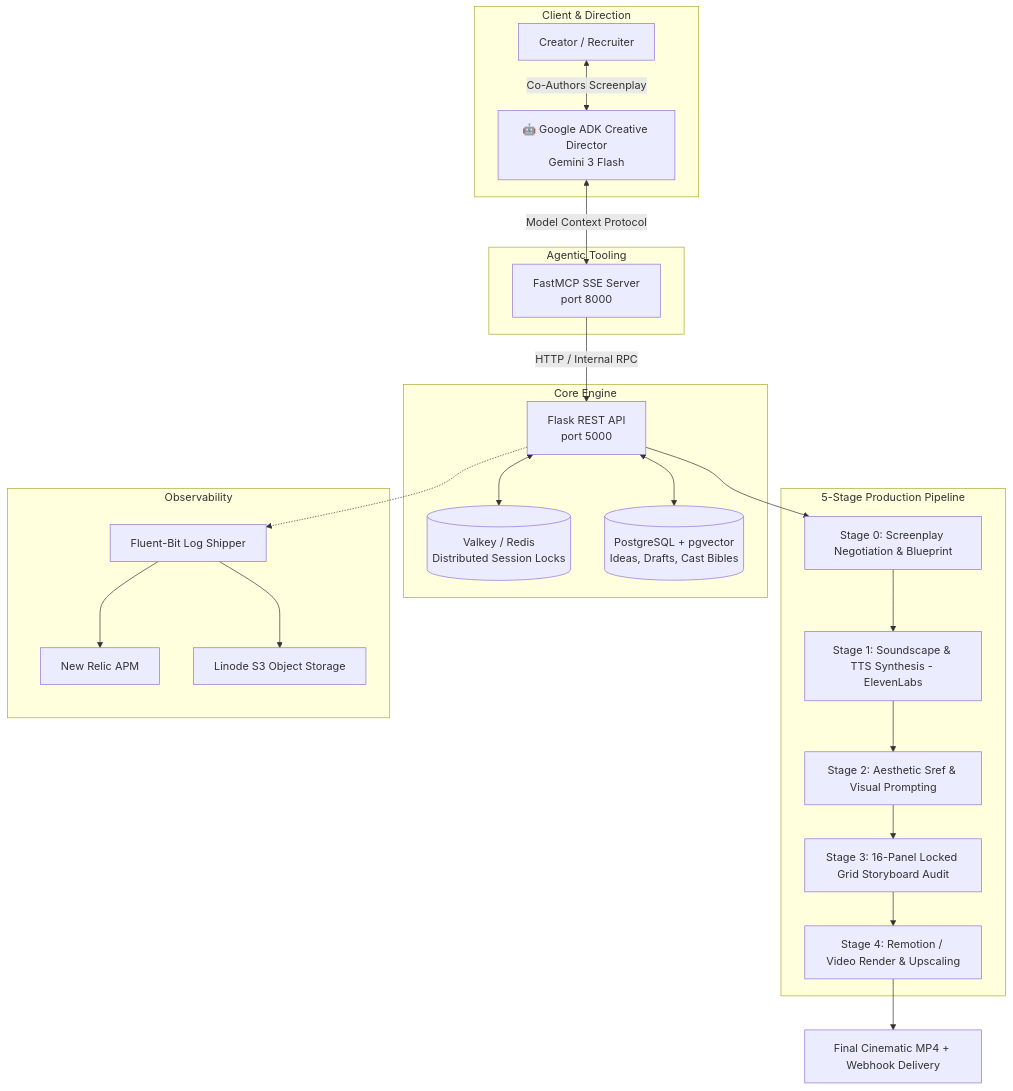
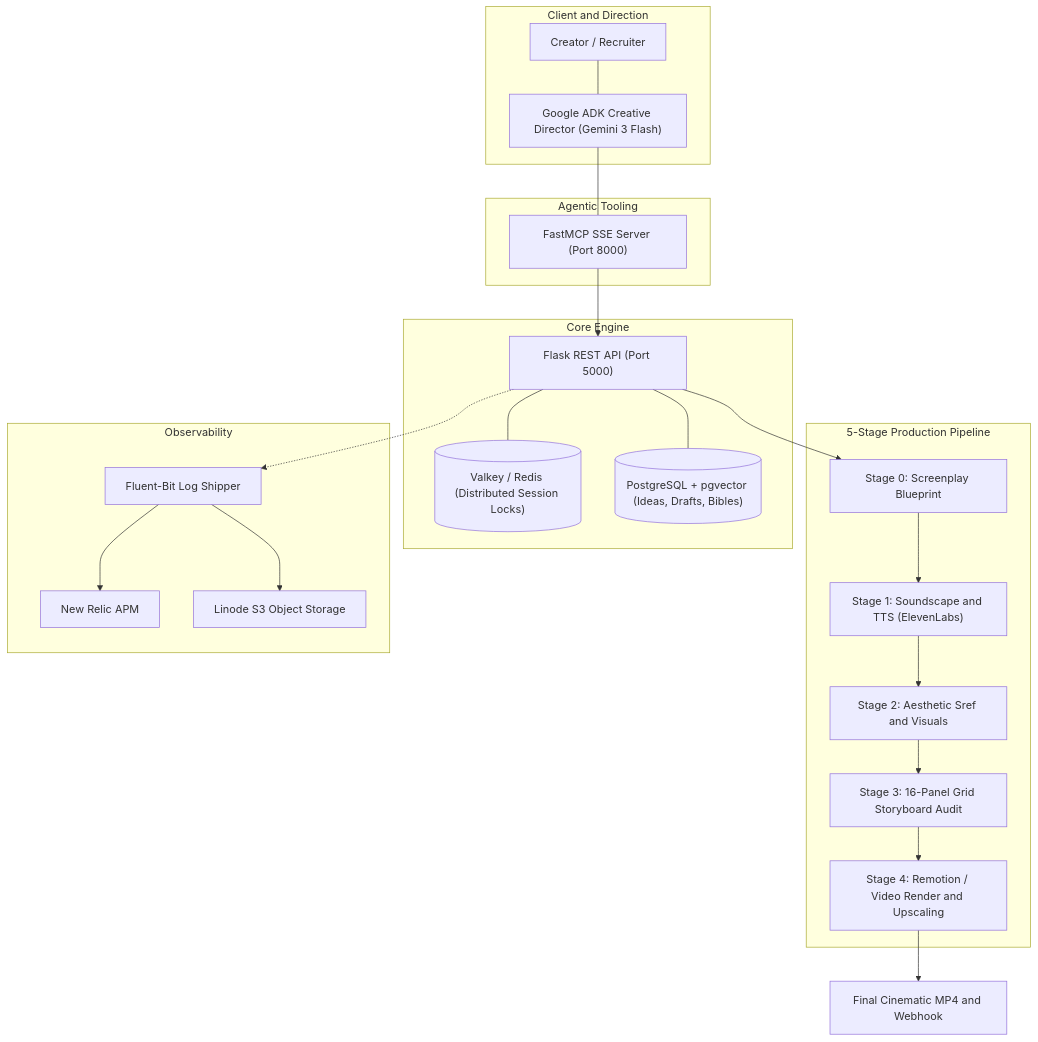
Before and after one commit to divinenaman/text-to-video-workflow: the diagram in README.md, drawn with Mermaid.

Commit message:
fix(docs): resolve Mermaid syntax error in README for GitHub renderer

````diff
--- a/README.md
+++ b/README.md
@@ -55,43 +55,43 @@
 ```mermaid
 flowchart TD
-    subgraph Client & Direction
-        User[Creator / Recruiter]
-        Agent[🤖 Google ADK Creative Director\nGemini 3 Flash]
-        User <-->|Co-Authors Screenplay| Agent
+    subgraph ClientDirection["Client and Direction"]
+        User["Creator / Recruiter"]
+        Agent["Google ADK Creative Director (Gemini 3 Flash)"]
+        User --- Agent
     end
 
-    subgraph Agentic Tooling
-        MCP[FastMCP SSE Server\nport 8000]
-        Agent <-->|Model Context Protocol| MCP
+    subgraph AgenticTooling["Agentic Tooling"]
+        MCP["FastMCP SSE Server (Port 8000)"]
+        Agent --- MCP
     end
 
-    subgraph Core Engine
-        API[Flask REST API\nport 5000]
-        MCP -->|HTTP / Internal RPC| API
-        Valkey[(Valkey / Redis\nDistributed Session Locks)]
-        DB[(PostgreSQL + pgvector\nIdeas, Drafts, Cast Bibles)]
-        API <--> Valkey
-        API <--> DB
+    subgraph CoreEngine["Core Engine"]
+        API["Flask REST API (Port 5000)"]
+        MCP --> API
+        Valkey[("Valkey / Redis (Distributed Session Locks)")]
+        DB[("PostgreSQL + pgvector (Ideas, Drafts, Bibles)")]
+        API --- Valkey
+        API --- DB
     end
 
-    subgraph 5-Stage Production Pipeline
-        S0[Stage 0: Screenplay Negotiation & Blueprint]
-        S1[Stage 1: Soundscape & TTS Synthesis - ElevenLabs]
-        S2[Stage 2: Aesthetic Sref & Visual Prompting]
-        S3[Stage 3: 16-Panel Locked Grid Storyboard Audit]
-        S4[Stage 4: Remotion / Video Render & Upscaling]
+    subgraph Pipeline["5-Stage Production Pipeline"]
+        S0["Stage 0: Screenplay Blueprint"]
+        S1["Stage 1: Soundscape and TTS (ElevenLabs)"]
+        S2["Stage 2: Aesthetic Sref and Visuals"]
+        S3["Stage 3: 16-Panel Grid Storyboard Audit"]
+        S4["Stage 4: Remotion / Video Render and Upscaling"]
         S0 --> S1 --> S2 --> S3 --> S4
     end
 
     API --> S0
-    S4 --> Output[Final Cinematic MP4 + Webhook Delivery]
+    S4 --> Output["Final Cinematic MP4 and Webhook"]
 
-    subgraph Observability
-        FB[Fluent-Bit Log Shipper]
-        NR[New Relic APM]
-        S3Storage[Linode S3 Object Storage]
+    subgraph Observability["Observability"]
+        FB["Fluent-Bit Log Shipper"]
+        NR["New Relic APM"]
+        S3Storage["Linode S3 Object Storage"]
         API -.-> FB
         FB --> NR
         FB --> S3Storage
     end
 ```
````
